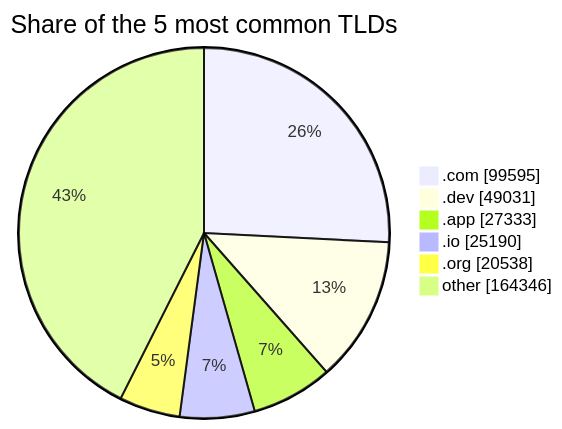
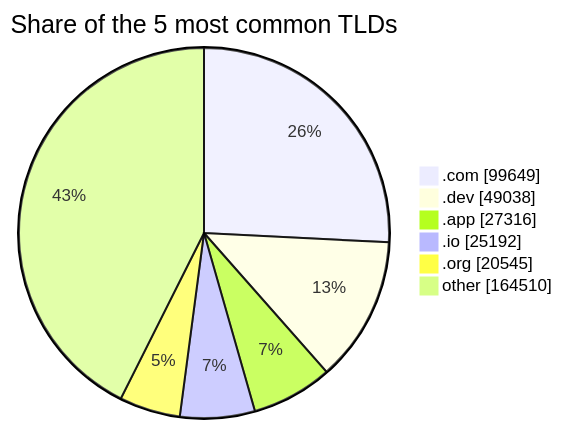
The third of 3 diagrams in README.md (DNSBunker/CTI), drawn with Mermaid before and after one commit. The commit also changed other lines of this file and 3 other files, not shown here.

````diff
--- a/README.md
+++ b/README.md
@@ -81,9 +81,9 @@
 ```mermaid
 pie showData title Share of the 5 most common TLDs
-    ".com" : 99595
-    ".dev" : 49031
-    ".app" : 27333
-    ".io" : 25190
-    ".org" : 20538
-    "other" : 164346
+    ".com" : 99649
+    ".dev" : 49038
+    ".app" : 27316
+    ".io" : 25192
+    ".org" : 20545
+    "other" : 164510
 ```
````
